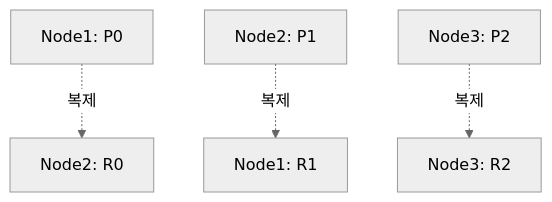
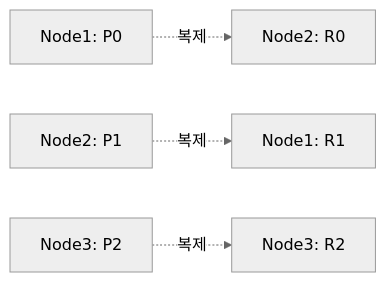
The third of 7 diagrams in _posts/nosql/2026-05-03-elasticsearch-deep.md (yjkim2015/yjkim2015.github.io), drawn with Mermaid (neutral theme) before and after one commit. The commit also changed other lines of this file and 84 other files, not shown here.

First line of the commit message:
85개 포스트 Mermaid 다이어그램 규칙 일괄 수정

````diff
--- a/_posts/nosql/2026-05-03-elasticsearch-deep.md
+++ b/_posts/nosql/2026-05-03-elasticsearch-deep.md
@@ -92,6 +90,6 @@
 ```mermaid
-flowchart TB
-    P0["Node1: P0"] -. 복제 .-> R0["Node2: R0"]
-    P1["Node2: P1"] -. 복제 .-> R1["Node1: R1"]
-    P2["Node3: P2"] -. 복제 .-> R2["Node3: R2"]
+graph LR
+    P0["Node1: P0"] -.->|"복제"| R0["Node2: R0"]
+    P1["Node2: P1"] -.->|"복제"| R1["Node1: R1"]
+    P2["Node3: P2"] -.->|"복제"| R2["Node3: R2"]
 ```
````
